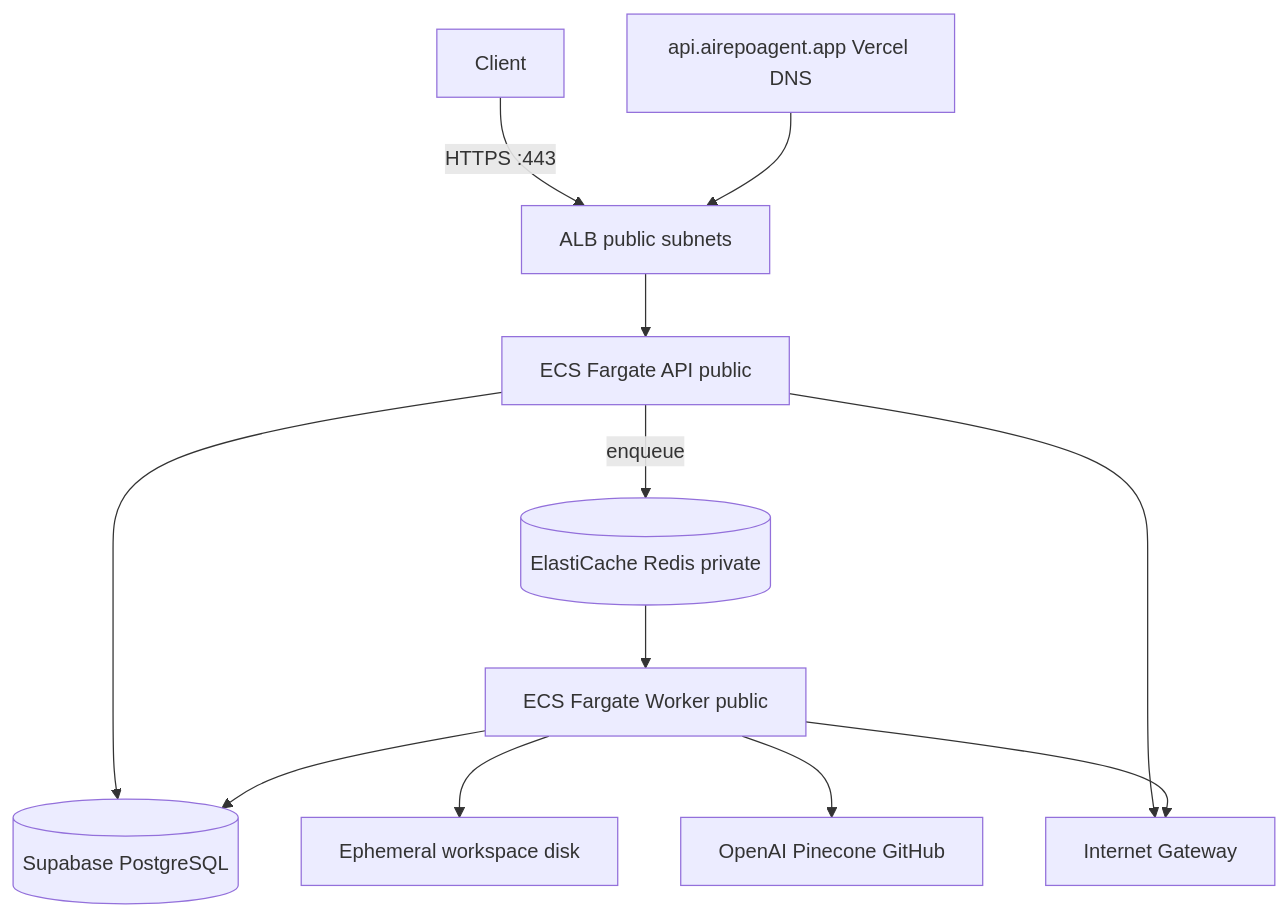
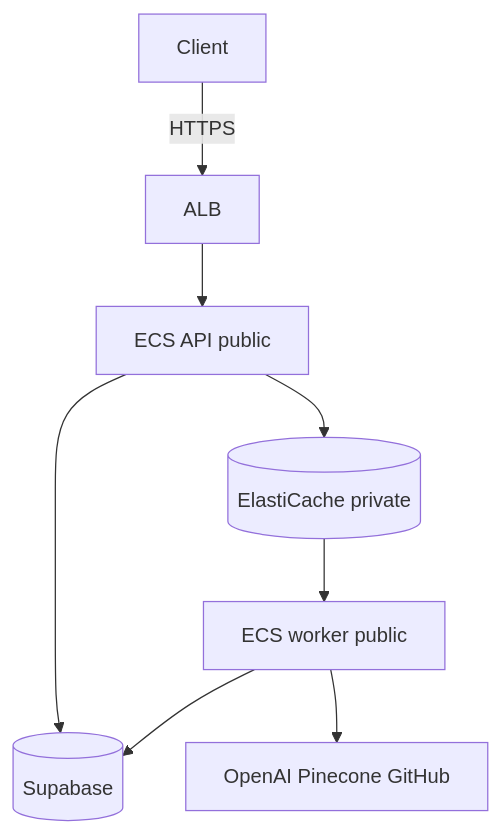
One commit to eli22443/ai-agent-platform changed the third of 3 diagrams in docs/architecture.md. Above: the diagram before and after it, drawn with Mermaid. The commit also changed other lines of this file and 17 other files, not shown here.

````diff
--- a/docs/architecture.md
+++ b/docs/architecture.md
@@ -187,14 +103,10 @@
 ```mermaid
 flowchart TD
-    Client["Client"] -->|HTTPS :443| ALB["ALB public subnets"]
-    DNS["api.airepoagent.app Vercel DNS"] --> ALB
-    ALB --> API["ECS Fargate API public"]
-    API -->|enqueue| Redis[("ElastiCache Redis private")]
-    API --> DB[("Supabase PostgreSQL")]
-    Redis --> Worker["ECS Fargate Worker public"]
+    Client -->|HTTPS| ALB
+    ALB --> API["ECS API public"]
+    API --> Redis[("ElastiCache private")]
+    Redis --> Worker["ECS worker public"]
+    API --> DB[("Supabase")]
     Worker --> DB
-    Worker --> WS["Ephemeral workspace disk"]
     Worker --> Ext["OpenAI Pinecone GitHub"]
-    API --> IGW["Internet Gateway"]
-    Worker --> IGW
 ```
````
